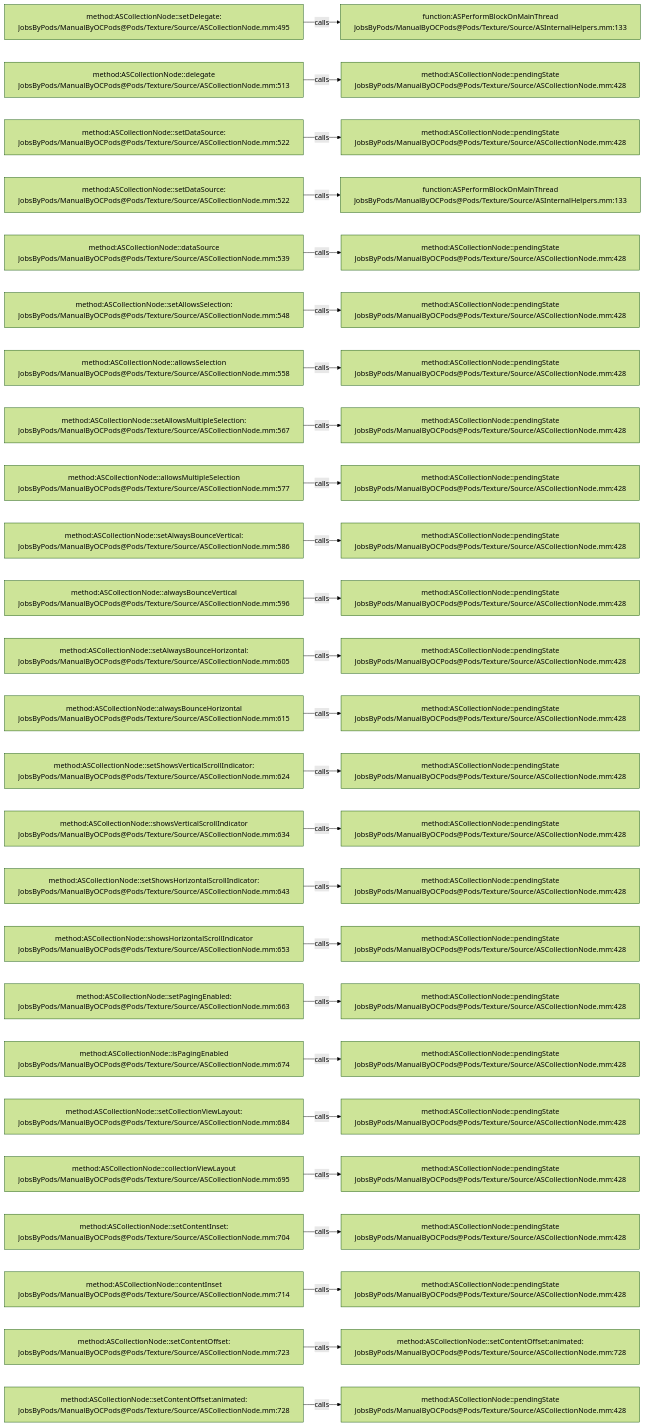
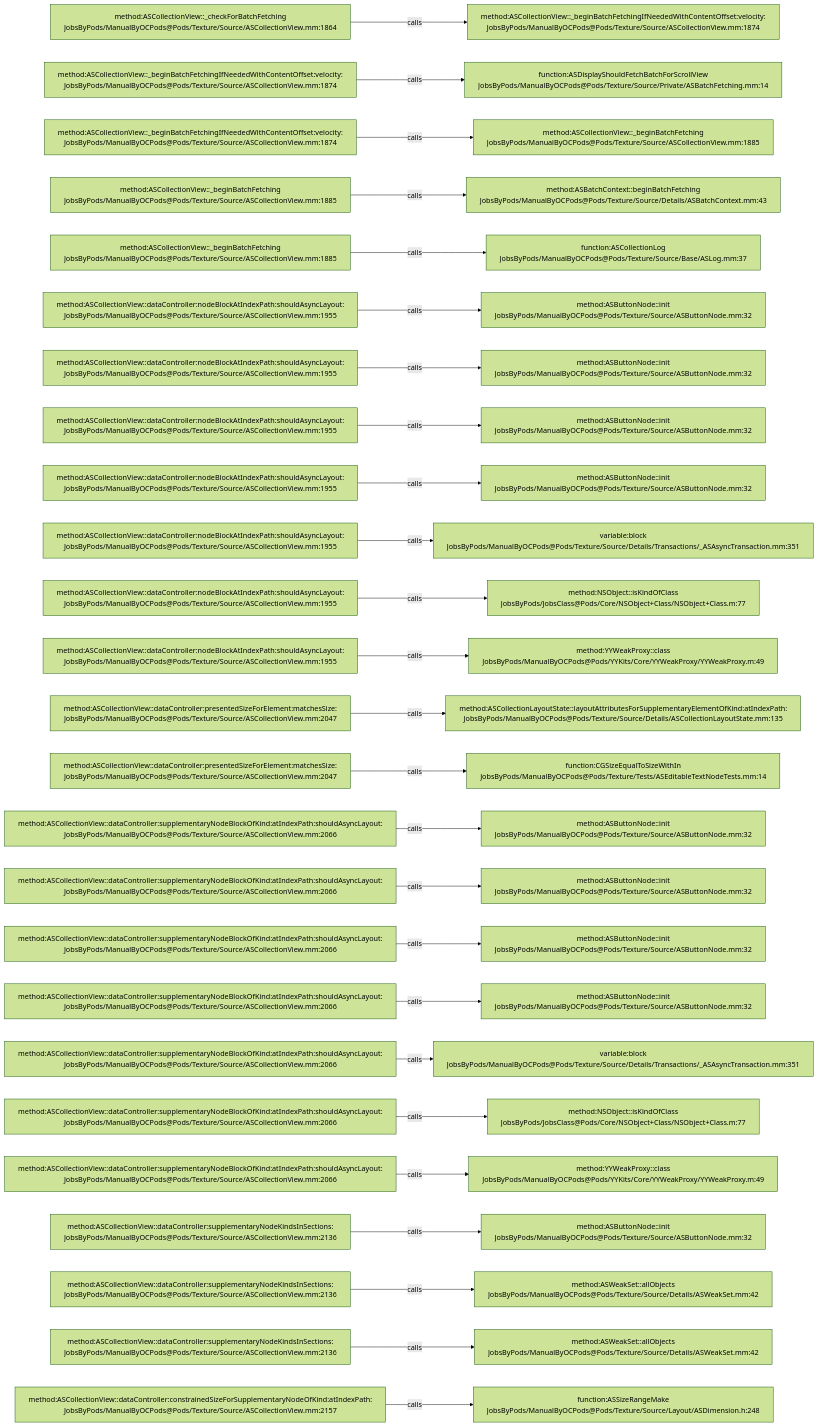
The diagram in .codegraph/codegraph.md/graphs/calls-085.md (JobsKits/JobsOCBaseConfigDemo), drawn with Mermaid (forest theme) before and after one commit. The commit also changed 1223 other files, not shown here.

````diff
--- a/.codegraph/codegraph.md/graphs/calls-085.md
+++ b/.codegraph/codegraph.md/graphs/calls-085.md
@@ -13,78 +13,78 @@
 ```mermaid
 flowchart LR
-  S1["method:ASCollectionNode::setDelegate:<br/>JobsByPods/ManualByOCPods@Pods/Texture/Source/ASCollectionNode.mm:495"]
-  T1["function:ASPerformBlockOnMainThread<br/>JobsByPods/ManualByOCPods@Pods/Texture/Source/ASInternalHelpers.mm:133"]
+  S1["method:ASCollectionView::_checkForBatchFetching<br/>JobsByPods/ManualByOCPods@Pods/Texture/Source/ASCollectionView.mm:1864"]
+  T1["method:ASCollectionView::_beginBatchFetchingIfNeededWithContentOffset:velocity:<br/>JobsByPods/ManualByOCPods@Pods/Texture/Source/ASCollectionView.mm:1874"]
   S1 -->|calls| T1
-  S2["method:ASCollectionNode::delegate<br/>JobsByPods/ManualByOCPods@Pods/Texture/Source/ASCollectionNode.mm:513"]
-  T2["method:ASCollectionNode::pendingState<br/>JobsByPods/ManualByOCPods@Pods/Texture/Source/ASCollectionNode.mm:428"]
+  S2["method:ASCollectionView::_beginBatchFetchingIfNeededWithContentOffset:velocity:<br/>JobsByPods/ManualByOCPods@Pods/Texture/Source/ASCollectionView.mm:1874"]
+  T2["function:ASDisplayShouldFetchBatchForScrollView<br/>JobsByPods/ManualByOCPods@Pods/Texture/Source/Private/ASBatchFetching.mm:14"]
   S2 -->|calls| T2
-  S3["method:ASCollectionNode::setDataSource:<br/>JobsByPods/ManualByOCPods@Pods/Texture/Source/ASCollectionNode.mm:522"]
-  T3["method:ASCollectionNode::pendingState<br/>JobsByPods/ManualByOCPods@Pods/Texture/Source/ASCollectionNode.mm:428"]
+  S3["method:ASCollectionView::_beginBatchFetchingIfNeededWithContentOffset:velocity:<br/>JobsByPods/ManualByOCPods@Pods/Texture/Source/ASCollectionView.mm:1874"]
+  T3["method:ASCollectionView::_beginBatchFetching<br/>JobsByPods/ManualByOCPods@Pods/Texture/Source/ASCollectionView.mm:1885"]
   S3 -->|calls| T3
-  S4["method:ASCollectionNode::setDataSource:<br/>JobsByPods/ManualByOCPods@Pods/Texture/Source/ASCollectionNode.mm:522"]
-  T4["function:ASPerformBlockOnMainThread<br/>JobsByPods/ManualByOCPods@Pods/Texture/Source/ASInternalHelpers.mm:133"]
+  S4["method:ASCollectionView::_beginBatchFetching<br/>JobsByPods/ManualByOCPods@Pods/Texture/Source/ASCollectionView.mm:1885"]
+  T4["method:ASBatchContext::beginBatchFetching<br/>JobsByPods/ManualByOCPods@Pods/Texture/Source/Details/ASBatchContext.mm:43"]
   S4 -->|calls| T4
-  S5["method:ASCollectionNode::dataSource<br/>JobsByPods/ManualByOCPods@Pods/Texture/Source/ASCollectionNode.mm:539"]
-  T5["method:ASCollectionNode::pendingState<br/>JobsByPods/ManualByOCPods@Pods/Texture/Source/ASCollectionNode.mm:428"]
+  S5["method:ASCollectionView::_beginBatchFetching<br/>JobsByPods/ManualByOCPods@Pods/Texture/Source/ASCollectionView.mm:1885"]
+  T5["function:ASCollectionLog<br/>JobsByPods/ManualByOCPods@Pods/Texture/Source/Base/ASLog.mm:37"]
   S5 -->|calls| T5
-  S6["method:ASCollectionNode::setAllowsSelection:<br/>JobsByPods/ManualByOCPods@Pods/Texture/Source/ASCollectionNode.mm:548"]
-  T6["method:ASCollectionNode::pendingState<br/>JobsByPods/ManualByOCPods@Pods/Texture/Source/ASCollectionNode.mm:428"]
+  S6["method:ASCollectionView::dataController:nodeBlockAtIndexPath:shouldAsyncLayout:<br/>JobsByPods/ManualByOCPods@Pods/Texture/Source/ASCollectionView.mm:1955"]
+  T6["method:ASButtonNode::init<br/>JobsByPods/ManualByOCPods@Pods/Texture/Source/ASButtonNode.mm:32"]
   S6 -->|calls| T6
-  S7["method:ASCollectionNode::allowsSelection<br/>JobsByPods/ManualByOCPods@Pods/Texture/Source/ASCollectionNode.mm:558"]
-  T7["method:ASCollectionNode::pendingState<br/>JobsByPods/ManualByOCPods@Pods/Texture/Source/ASCollectionNode.mm:428"]
+  S7["method:ASCollectionView::dataController:nodeBlockAtIndexPath:shouldAsyncLayout:<br/>JobsByPods/ManualByOCPods@Pods/Texture/Source/ASCollectionView.mm:1955"]
+  T7["method:ASButtonNode::init<br/>JobsByPods/ManualByOCPods@Pods/Texture/Source/ASButtonNode.mm:32"]
   S7 -->|calls| T7
-  S8["method:ASCollectionNode::setAllowsMultipleSelection:<br/>JobsByPods/ManualByOCPods@Pods/Texture/Source/ASCollectionNode.mm:567"]
-  T8["method:ASCollectionNode::pendingState<br/>JobsByPods/ManualByOCPods@Pods/Texture/Source/ASCollectionNode.mm:428"]
+  S8["method:ASCollectionView::dataController:nodeBlockAtIndexPath:shouldAsyncLayout:<br/>JobsByPods/ManualByOCPods@Pods/Texture/Source/ASCollectionView.mm:1955"]
+  T8["method:ASButtonNode::init<br/>JobsByPods/ManualByOCPods@Pods/Texture/Source/ASButtonNode.mm:32"]
   S8 -->|calls| T8
-  S9["method:ASCollectionNode::allowsMultipleSelection<br/>JobsByPods/ManualByOCPods@Pods/Texture/Source/ASCollectionNode.mm:577"]
-  T9["method:ASCollectionNode::pendingState<br/>JobsByPods/ManualByOCPods@Pods/Texture/Source/ASCollectionNode.mm:428"]
+  S9["method:ASCollectionView::dataController:nodeBlockAtIndexPath:shouldAsyncLayout:<br/>JobsByPods/ManualByOCPods@Pods/Texture/Source/ASCollectionView.mm:1955"]
+  T9["method:ASButtonNode::init<br/>JobsByPods/ManualByOCPods@Pods/Texture/Source/ASButtonNode.mm:32"]
   S9 -->|calls| T9
-  S10["method:ASCollectionNode::setAlwaysBounceVertical:<br/>JobsByPods/ManualByOCPods@Pods/Texture/Source/ASCollectionNode.mm:586"]
-  T10["method:ASCollectionNode::pendingState<br/>JobsByPods/ManualByOCPods@Pods/Texture/Source/ASCollectionNode.mm:428"]
+  S10["method:ASCollectionView::dataController:nodeBlockAtIndexPath:shouldAsyncLayout:<br/>JobsByPods/ManualByOCPods@Pods/Texture/Source/ASCollectionView.mm:1955"]
+  T10["variable:block<br/>JobsByPods/ManualByOCPods@Pods/Texture/Source/Details/Transactions/_ASAsyncTransaction.mm:351"]
   S10 -->|calls| T10
-  S11["method:ASCollectionNode::alwaysBounceVertical<br/>JobsByPods/ManualByOCPods@Pods/Texture/Source/ASCollectionNode.mm:596"]
-  T11["method:ASCollectionNode::pendingState<br/>JobsByPods/ManualByOCPods@Pods/Texture/Source/ASCollectionNode.mm:428"]
+  S11["method:ASCollectionView::dataController:nodeBlockAtIndexPath:shouldAsyncLayout:<br/>JobsByPods/ManualByOCPods@Pods/Texture/Source/ASCollectionView.mm:1955"]
+  T11["method:NSObject::isKindOfClass<br/>JobsByPods/JobsClass@Pods/Core/NSObject+Class/NSObject+Class.m:77"]
   S11 -->|calls| T11
-  S12["method:ASCollectionNode::setAlwaysBounceHorizontal:<br/>JobsByPods/ManualByOCPods@Pods/Texture/Source/ASCollectionNode.mm:605"]
-  T12["method:ASCollectionNode::pendingState<br/>JobsByPods/ManualByOCPods@Pods/Texture/Source/ASCollectionNode.mm:428"]
+  S12["method:ASCollectionView::dataController:nodeBlockAtIndexPath:shouldAsyncLayout:<br/>JobsByPods/ManualByOCPods@Pods/Texture/Source/ASCollectionView.mm:1955"]
+  T12["method:YYWeakProxy::class<br/>JobsByPods/ManualByOCPods@Pods/YYKits/Core/YYWeakProxy/YYWeakProxy.m:49"]
   S12 -->|calls| T12
-  S13["method:ASCollectionNode::alwaysBounceHorizontal<br/>JobsByPods/ManualByOCPods@Pods/Texture/Source/ASCollectionNode.mm:615"]
-  T13["method:ASCollectionNode::pendingState<br/>JobsByPods/ManualByOCPods@Pods/Texture/Source/ASCollectionNode.mm:428"]
+  S13["method:ASCollectionView::dataController:presentedSizeForElement:matchesSize:<br/>JobsByPods/ManualByOCPods@Pods/Texture/Source/ASCollectionView.mm:2047"]
+  T13["method:ASCollectionLayoutState::layoutAttributesForSupplementaryElementOfKind:atIndexPath:<br/>JobsByPods/ManualByOCPods@Pods/Texture/Source/Details/ASCollectionLayoutState.mm:135"]
   S13 -->|calls| T13
-  S14["method:ASCollectionNode::setShowsVerticalScrollIndicator:<br/>JobsByPods/ManualByOCPods@Pods/Texture/Source/ASCollectionNode.mm:624"]
-  T14["method:ASCollectionNode::pendingState<br/>JobsByPods/ManualByOCPods@Pods/Texture/Source/ASCollectionNode.mm:428"]
+  S14["method:ASCollectionView::dataController:presentedSizeForElement:matchesSize:<br/>JobsByPods/ManualByOCPods@Pods/Texture/Source/ASCollectionView.mm:2047"]
+  T14["function:CGSizeEqualToSizeWithIn<br/>JobsByPods/ManualByOCPods@Pods/Texture/Tests/ASEditableTextNodeTests.mm:14"]
   S14 -->|calls| T14
-  S15["method:ASCollectionNode::showsVerticalScrollIndicator<br/>JobsByPods/ManualByOCPods@Pods/Texture/Source/ASCollectionNode.mm:634"]
-  T15["method:ASCollectionNode::pendingState<br/>JobsByPods/ManualByOCPods@Pods/Texture/Source/ASCollectionNode.mm:428"]
+  S15["method:ASCollectionView::dataController:supplementaryNodeBlockOfKind:atIndexPath:shouldAsyncLayout:<br/>JobsByPods/ManualByOCPods@Pods/Texture/Source/ASCollectionView.mm:2066"]
+  T15["method:ASButtonNode::init<br/>JobsByPods/ManualByOCPods@Pods/Texture/Source/ASButtonNode.mm:32"]
   S15 -->|calls| T15
-  S16["method:ASCollectionNode::setShowsHorizontalScrollIndicator:<br/>JobsByPods/ManualByOCPods@Pods/Texture/Source/ASCollectionNode.mm:643"]
-  T16["method:ASCollectionNode::pendingState<br/>JobsByPods/ManualByOCPods@Pods/Texture/Source/ASCollectionNode.mm:428"]
+  S16["method:ASCollectionView::dataController:supplementaryNodeBlockOfKind:atIndexPath:shouldAsyncLayout:<br/>JobsByPods/ManualByOCPods@Pods/Texture/Source/ASCollectionView.mm:2066"]
+  T16["method:ASButtonNode::init<br/>JobsByPods/ManualByOCPods@Pods/Texture/Source/ASButtonNode.mm:32"]
   S16 -->|calls| T16
-  S17["method:ASCollectionNode::showsHorizontalScrollIndicator<br/>JobsByPods/ManualByOCPods@Pods/Texture/Source/ASCollectionNode.mm:653"]
-  T17["method:ASCollectionNode::pendingState<br/>JobsByPods/ManualByOCPods@Pods/Texture/Source/ASCollectionNode.mm:428"]
+  S17["method:ASCollectionView::dataController:supplementaryNodeBlockOfKind:atIndexPath:shouldAsyncLayout:<br/>JobsByPods/ManualByOCPods@Pods/Texture/Source/ASCollectionView.mm:2066"]
+  T17["method:ASButtonNode::init<br/>JobsByPods/ManualByOCPods@Pods/Texture/Source/ASButtonNode.mm:32"]
   S17 -->|calls| T17
-  S18["method:ASCollectionNode::setPagingEnabled:<br/>JobsByPods/ManualByOCPods@Pods/Texture/Source/ASCollectionNode.mm:663"]
-  T18["method:ASCollectionNode::pendingState<br/>JobsByPods/ManualByOCPods@Pods/Texture/Source/ASCollectionNode.mm:428"]
+  S18["method:ASCollectionView::dataController:supplementaryNodeBlockOfKind:atIndexPath:shouldAsyncLayout:<br/>JobsByPods/ManualByOCPods@Pods/Texture/Source/ASCollectionView.mm:2066"]
+  T18["method:ASButtonNode::init<br/>JobsByPods/ManualByOCPods@Pods/Texture/Source/ASButtonNode.mm:32"]
   S18 -->|calls| T18
-  S19["method:ASCollectionNode::isPagingEnabled<br/>JobsByPods/ManualByOCPods@Pods/Texture/Source/ASCollectionNode.mm:674"]
-  T19["method:ASCollectionNode::pendingState<br/>JobsByPods/ManualByOCPods@Pods/Texture/Source/ASCollectionNode.mm:428"]
+  S19["method:ASCollectionView::dataController:supplementaryNodeBlockOfKind:atIndexPath:shouldAsyncLayout:<br/>JobsByPods/ManualByOCPods@Pods/Texture/Source/ASCollectionView.mm:2066"]
+  T19["variable:block<br/>JobsByPods/ManualByOCPods@Pods/Texture/Source/Details/Transactions/_ASAsyncTransaction.mm:351"]
   S19 -->|calls| T19
-  S20["method:ASCollectionNode::setCollectionViewLayout:<br/>JobsByPods/ManualByOCPods@Pods/Texture/Source/ASCollectionNode.mm:684"]
-  T20["method:ASCollectionNode::pendingState<br/>JobsByPods/ManualByOCPods@Pods/Texture/Source/ASCollectionNode.mm:428"]
+  S20["method:ASCollectionView::dataController:supplementaryNodeBlockOfKind:atIndexPath:shouldAsyncLayout:<br/>JobsByPods/ManualByOCPods@Pods/Texture/Source/ASCollectionView.mm:2066"]
+  T20["method:NSObject::isKindOfClass<br/>JobsByPods/JobsClass@Pods/Core/NSObject+Class/NSObject+Class.m:77"]
   S20 -->|calls| T20
-  S21["method:ASCollectionNode::collectionViewLayout<br/>JobsByPods/ManualByOCPods@Pods/Texture/Source/ASCollectionNode.mm:695"]
-  T21["method:ASCollectionNode::pendingState<br/>JobsByPods/ManualByOCPods@Pods/Texture/Source/ASCollectionNode.mm:428"]
+  S21["method:ASCollectionView::dataController:supplementaryNodeBlockOfKind:atIndexPath:shouldAsyncLayout:<br/>JobsByPods/ManualByOCPods@Pods/Texture/Source/ASCollectionView.mm:2066"]
+  T21["method:YYWeakProxy::class<br/>JobsByPods/ManualByOCPods@Pods/YYKits/Core/YYWeakProxy/YYWeakProxy.m:49"]
   S21 -->|calls| T21
-  S22["method:ASCollectionNode::setContentInset:<br/>JobsByPods/ManualByOCPods@Pods/Texture/Source/ASCollectionNode.mm:704"]
-  T22["method:ASCollectionNode::pendingState<br/>JobsByPods/ManualByOCPods@Pods/Texture/Source/ASCollectionNode.mm:428"]
+  S22["method:ASCollectionView::dataController:supplementaryNodeKindsInSections:<br/>JobsByPods/ManualByOCPods@Pods/Texture/Source/ASCollectionView.mm:2136"]
+  T22["method:ASButtonNode::init<br/>JobsByPods/ManualByOCPods@Pods/Texture/Source/ASButtonNode.mm:32"]
   S22 -->|calls| T22
-  S23["method:ASCollectionNode::contentInset<br/>JobsByPods/ManualByOCPods@Pods/Texture/Source/ASCollectionNode.mm:714"]
-  T23["method:ASCollectionNode::pendingState<br/>JobsByPods/ManualByOCPods@Pods/Texture/Source/ASCollectionNode.mm:428"]
+  S23["method:ASCollectionView::dataController:supplementaryNodeKindsInSections:<br/>JobsByPods/ManualByOCPods@Pods/Texture/Source/ASCollectionView.mm:2136"]
+  T23["method:ASWeakSet::allObjects<br/>JobsByPods/ManualByOCPods@Pods/Texture/Source/Details/ASWeakSet.mm:42"]
   S23 -->|calls| T23
-  S24["method:ASCollectionNode::setContentOffset:<br/>JobsByPods/ManualByOCPods@Pods/Texture/Source/ASCollectionNode.mm:723"]
-  T24["method:ASCollectionNode::setContentOffset:animated:<br/>JobsByPods/ManualByOCPods@Pods/Texture/Source/ASCollectionNode.mm:728"]
+  S24["method:ASCollectionView::dataController:supplementaryNodeKindsInSections:<br/>JobsByPods/ManualByOCPods@Pods/Texture/Source/ASCollectionView.mm:2136"]
+  T24["method:ASWeakSet::allObjects<br/>JobsByPods/ManualByOCPods@Pods/Texture/Source/Details/ASWeakSet.mm:42"]
   S24 -->|calls| T24
-  S25["method:ASCollectionNode::setContentOffset:animated:<br/>JobsByPods/ManualByOCPods@Pods/Texture/Source/ASCollectionNode.mm:728"]
-  T25["method:ASCollectionNode::pendingState<br/>JobsByPods/ManualByOCPods@Pods/Texture/Source/ASCollectionNode.mm:428"]
+  S25["method:ASCollectionView::dataController:constrainedSizeForSupplementaryNodeOfKind:atIndexPath:<br/>JobsByPods/ManualByOCPods@Pods/Texture/Source/ASCollectionView.mm:2157"]
+  T25["function:ASSizeRangeMake<br/>JobsByPods/ManualByOCPods@Pods/Texture/Source/Layout/ASDimension.h:248"]
   S25 -->|calls| T25
 ```
````
